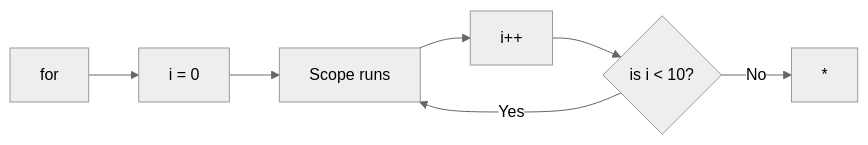
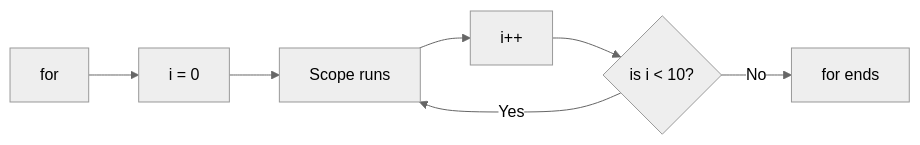
One commit to tassogw/java-learning-documentation changed the second of 2 diagrams in javadocm.md. Above: the diagram before and after it, drawn with Mermaid (neutral theme). The commit also changed other lines of this file, not shown here.

````diff
--- a/javadocm.md
+++ b/javadocm.md
@@ -380,9 +400,9 @@
         ```mermaid
         flowchart LR
             A[for] --> B[i = 0];
             B[i = 0] --> C[Scope runs];
             C[Scope runs] --> D[i++];
             D[i++] --> E{is i < 10?};
             E{is i < 10?} -- Yes --> C[Scope runs];
-            E{is i < 10?} -- No --> F[*];
+            E{is i < 10?} -- No --> F[for ends];
         ```  
````
